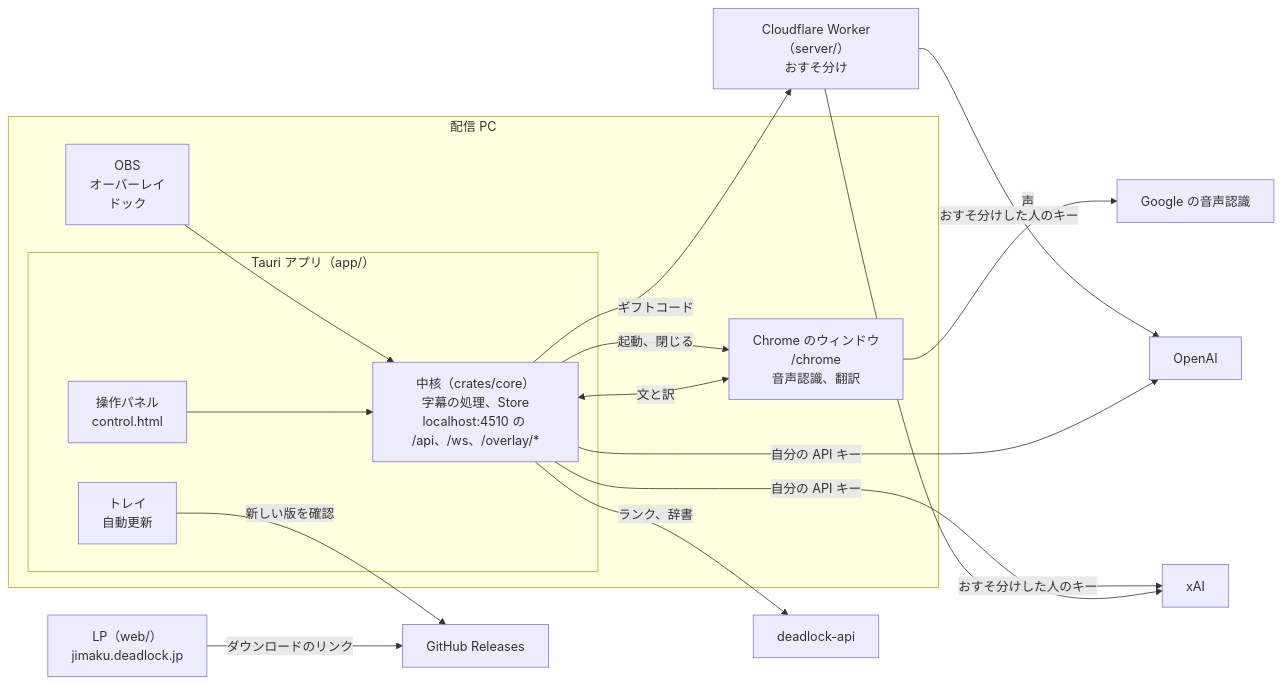
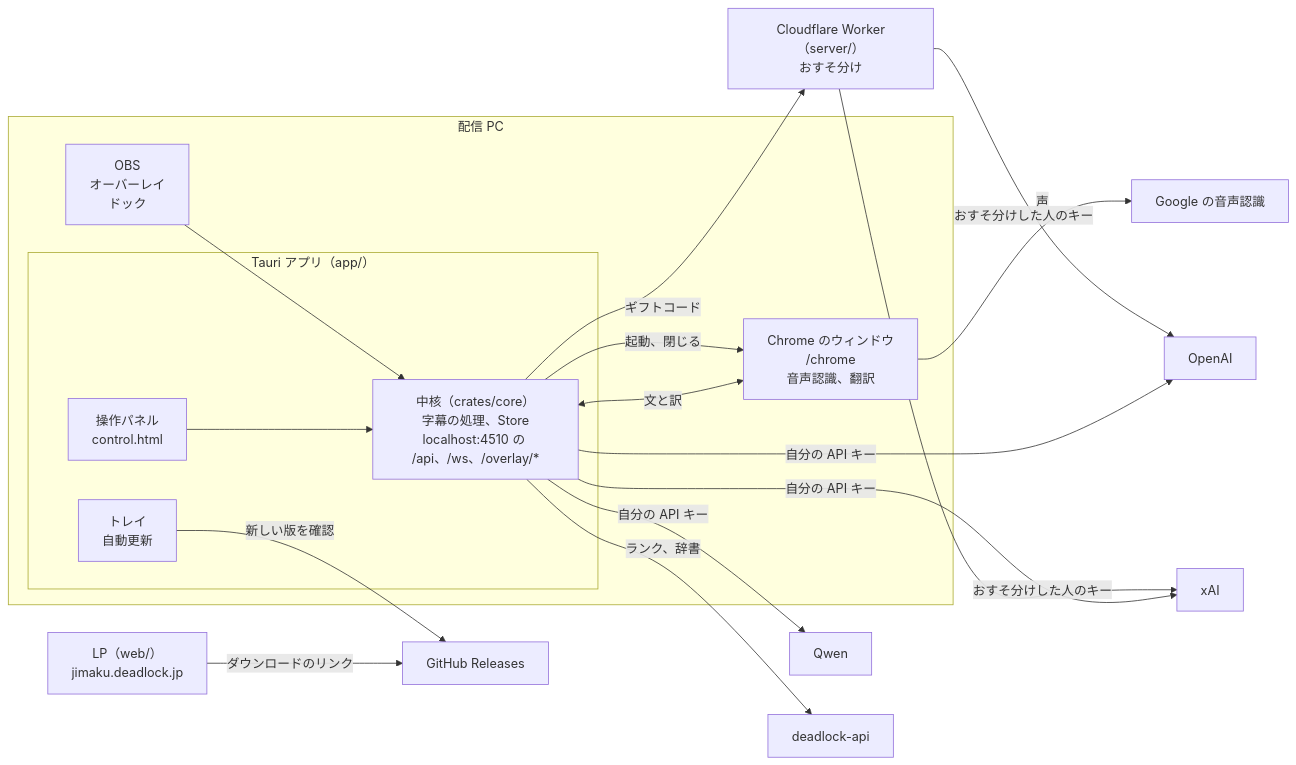
One commit to Chiji1108/deadlock-jimaku changed the first of 4 diagrams in README.md. Above: the diagram before and after it, drawn with Mermaid. The commit also changed other lines of this file and 23 other files, not shown here.

````diff
--- a/README.md
+++ b/README.md
@@ -50,33 +52,35 @@
 ```mermaid
 flowchart LR
   subgraph pc["配信 PC"]
     obs["OBS<br/>オーバーレイ<br/>ドック"]
     subgraph app["Tauri アプリ（app/）"]
       panel["操作パネル<br/>control.html"]
       core["中核（crates/core）<br/>字幕の処理、Store<br/>localhost:4510 の /api、/ws、/overlay/*"]
       shell["トレイ<br/>自動更新"]
     end
     tab["Chrome のウィンドウ<br/>/chrome<br/>音声認識、翻訳"]
   end
   worker["Cloudflare Worker（server/）<br/>おすそ分け"]
   openai["OpenAI"]
   xai["xAI"]
+  qwen["Qwen"]
   google["Google の音声認識"]
   deadlockapi["deadlock-api"]
   releases["GitHub Releases"]
   lp["LP（web/）<br/>jimaku.deadlock.jp"]
 
   obs --> core
   panel --> core
   tab <-- "文と訳" --> core
   core -- "起動、閉じる" --> tab
   tab -- "声" --> google
   core -- "ギフトコード" --> worker
   worker -- "おすそ分けした人のキー" --> openai
   worker -- "おすそ分けした人のキー" --> xai
   core -- "自分の API キー" --> openai
   core -- "自分の API キー" --> xai
+  core -- "自分の API キー" --> qwen
   core -- "ランク、辞書" --> deadlockapi
   shell -- "新しい版を確認" --> releases
   lp -- "ダウンロードのリンク" --> releases
 ```
````
